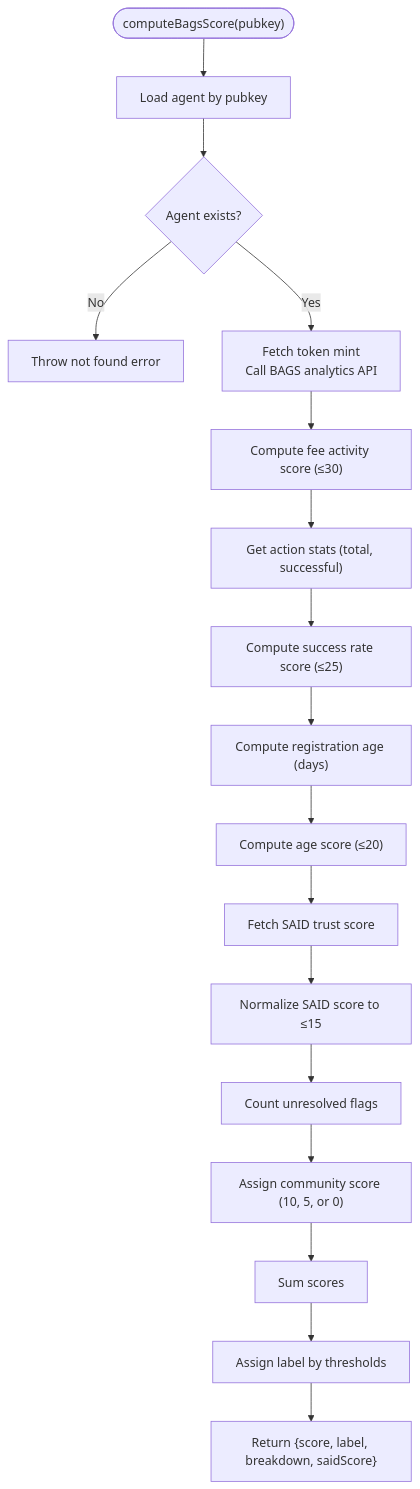
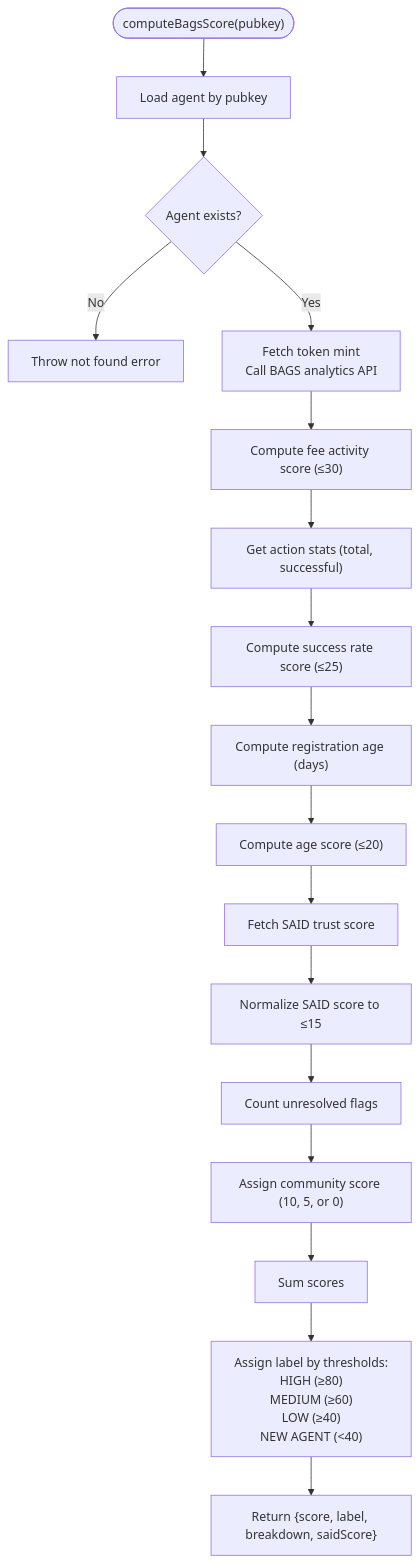
The third of 4 diagrams in .qoder/repowiki/en/content/Service Layer/Reputation Services.md (RunTimeAdmin/AgentID), drawn with Mermaid before and after one commit. The commit also changed other lines of this file and 31 other files, not shown here.

````diff
--- a/.qoder/repowiki/en/content/Service Layer/Reputation Services.md
+++ b/.qoder/repowiki/en/content/Service Layer/Reputation Services.md
@@ -169,19 +189,19 @@
 ```mermaid
 flowchart TD
 Start(["computeBagsScore(pubkey)"]) --> LoadAgent["Load agent by pubkey"]
 LoadAgent --> AgentFound{"Agent exists?"}
 AgentFound --> |No| Error["Throw not found error"]
 AgentFound --> |Yes| Fee["Fetch token mint<br/>Call BAGS analytics API"]
 Fee --> FeeScore["Compute fee activity score (≤30)"]
 FeeScore --> Actions["Get action stats (total, successful)"]
 Actions --> Success["Compute success rate score (≤25)"]
 Success --> Age["Compute registration age (days)"]
 Age --> AgeScore["Compute age score (≤20)"]
 AgeScore --> SAID["Fetch SAID trust score"]
 SAID --> SAIDScore["Normalize SAID score to ≤15"]
 SAIDScore --> Flags["Count unresolved flags"]
 Flags --> Community["Assign community score (10, 5, or 0)"]
 Community --> Sum["Sum scores"]
-Sum --> Label["Assign label by thresholds"]
+Sum --> Label["Assign label by thresholds:<br/>HIGH (≥80)<br/>MEDIUM (≥60)<br/>LOW (≥40)<br/>NEW AGENT (<40)"]
 Label --> Return["Return {score, label, breakdown, saidScore}"]
 ```
````
